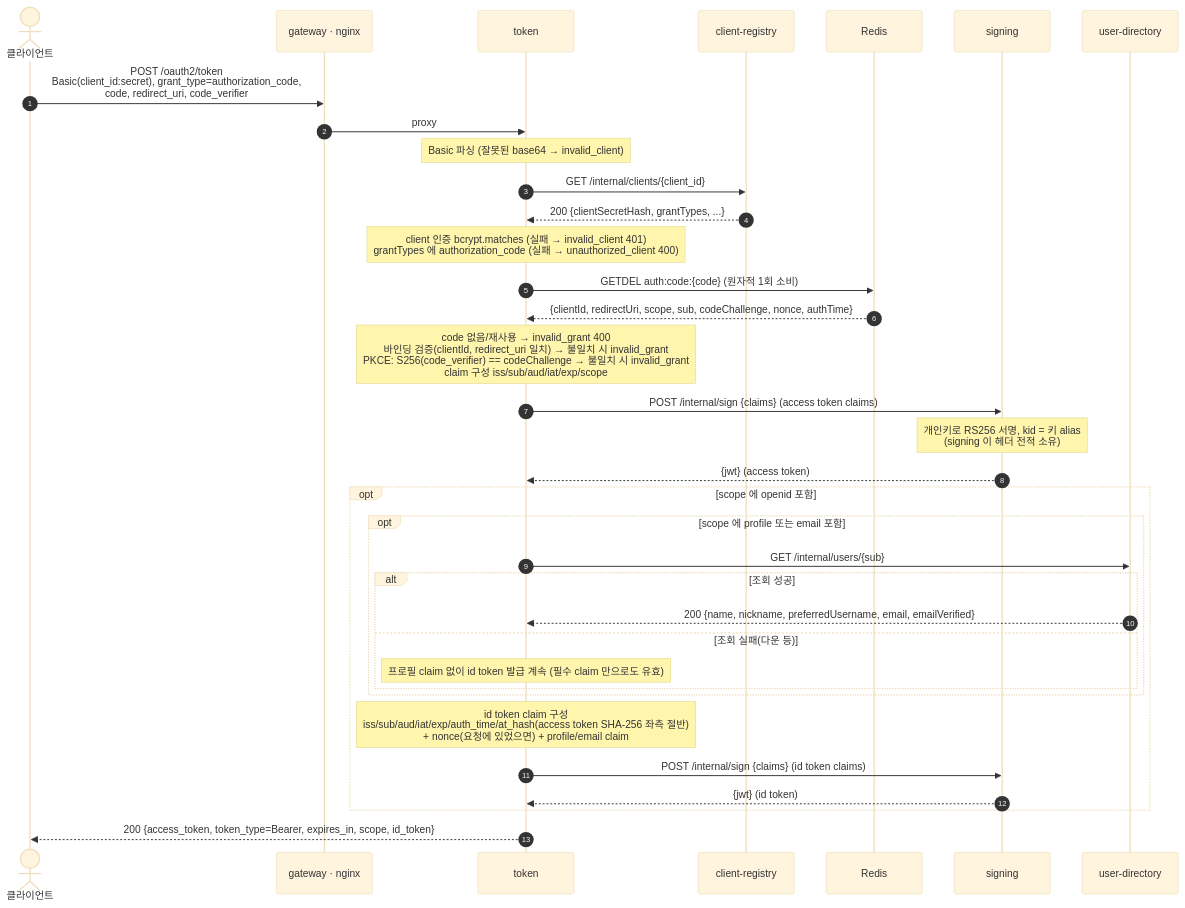
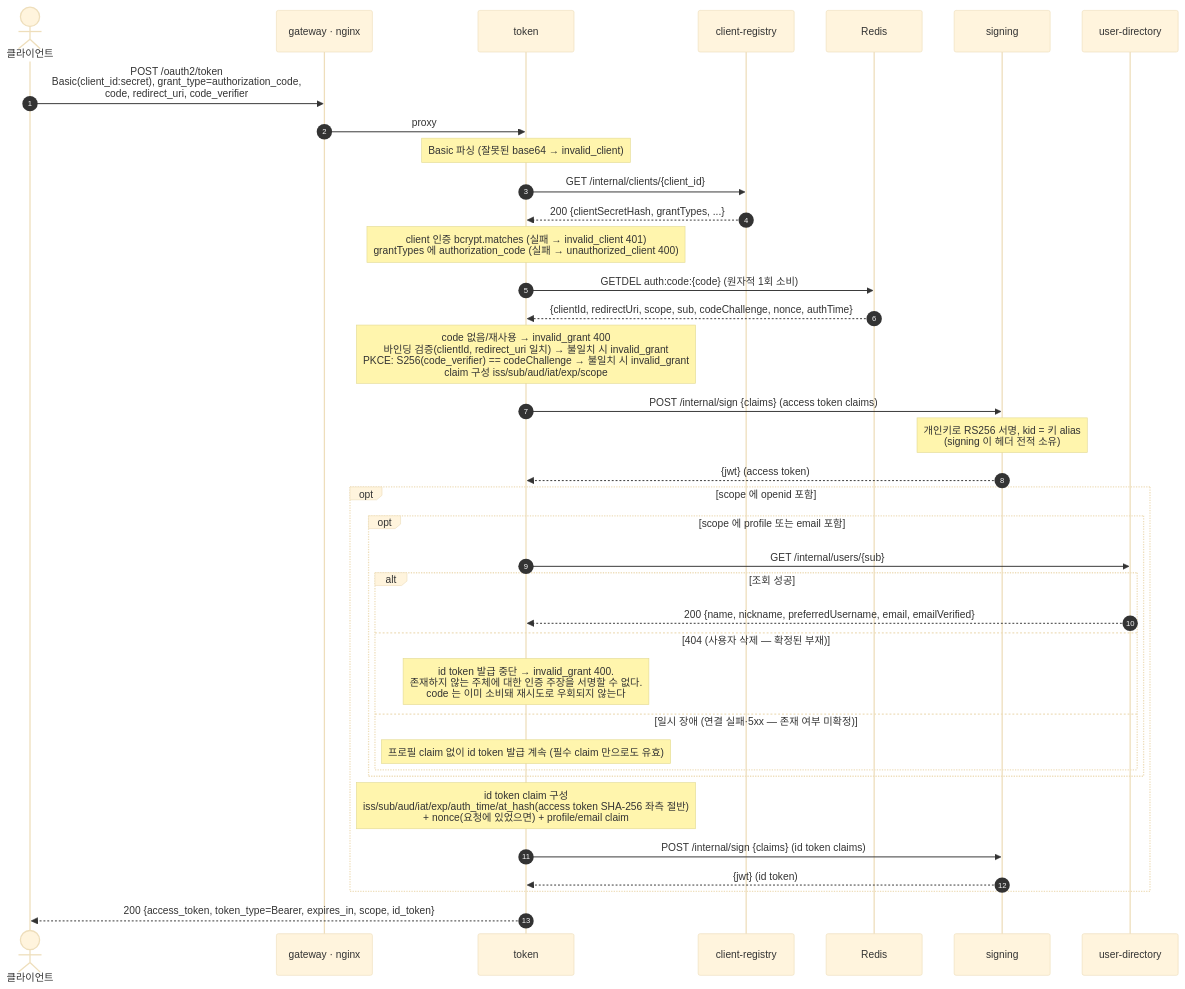
One commit to starryeye/spring-security changed the fourth of 6 diagrams in oauth-2/authorization-server/practice/microservice/README.md. Above: the diagram before and after it, drawn with Mermaid (base theme). The commit also changed other lines of this file and 1 other file, not shown here.

````diff
--- a/oauth-2/authorization-server/practice/microservice/README.md
+++ b/oauth-2/authorization-server/practice/microservice/README.md
@@ -221,40 +221,42 @@
 ```mermaid
 sequenceDiagram
     autonumber
     actor CL as 클라이언트
     participant G as gateway · nginx
     participant T as token
     participant C as client-registry
     participant R as Redis
     participant S as signing
     participant U as user-directory
 
     CL->>G: POST /oauth2/token<br/>Basic(client_id:secret), grant_type=authorization_code,<br/>code, redirect_uri, code_verifier
     G->>T: proxy
     Note over T: Basic 파싱 (잘못된 base64 → invalid_client)
     T->>C: GET /internal/clients/{client_id}
     C-->>T: 200 {clientSecretHash, grantTypes, ...}
     Note over T: client 인증 bcrypt.matches (실패 → invalid_client 401)<br/>grantTypes 에 authorization_code (실패 → unauthorized_client 400)
     T->>R: GETDEL auth:code:{code}  (원자적 1회 소비)
     R-->>T: {clientId, redirectUri, scope, sub, codeChallenge, nonce, authTime}
     Note over T: code 없음/재사용 → invalid_grant 400<br/>바인딩 검증(clientId, redirect_uri 일치) → 불일치 시 invalid_grant<br/>PKCE: S256(code_verifier) == codeChallenge → 불일치 시 invalid_grant<br/>claim 구성 iss/sub/aud/iat/exp/scope
     T->>S: POST /internal/sign {claims} (access token claims)
     Note over S: 개인키로 RS256 서명, kid = 키 alias<br/>(signing 이 헤더 전적 소유)
     S-->>T: {jwt} (access token)
 
     opt scope 에 openid 포함
         opt scope 에 profile 또는 email 포함
             T->>U: GET /internal/users/{sub}
             alt 조회 성공
                 U-->>T: 200 {name, nickname, preferredUsername, email, emailVerified}
-            else 조회 실패(다운 등)
+            else 404 (사용자 삭제 — 확정된 부재)
+                Note over T: id token 발급 중단 → invalid_grant 400.<br/>존재하지 않는 주체에 대한 인증 주장을 서명할 수 없다.<br/>code 는 이미 소비돼 재시도로 우회되지 않는다
+            else 일시 장애 (연결 실패·5xx — 존재 여부 미확정)
                 Note over T: 프로필 claim 없이 id token 발급 계속 (필수 claim 만으로도 유효)
             end
         end
         Note over T: id token claim 구성<br/>iss/sub/aud/iat/exp/auth_time/at_hash(access token SHA-256 좌측 절반)<br/>+ nonce(요청에 있었으면) + profile/email claim
         T->>S: POST /internal/sign {claims} (id token claims)
         S-->>T: {jwt} (id token)
     end
 
     T-->>CL: 200 {access_token, token_type=Bearer, expires_in, scope, id_token}
 ```
````
